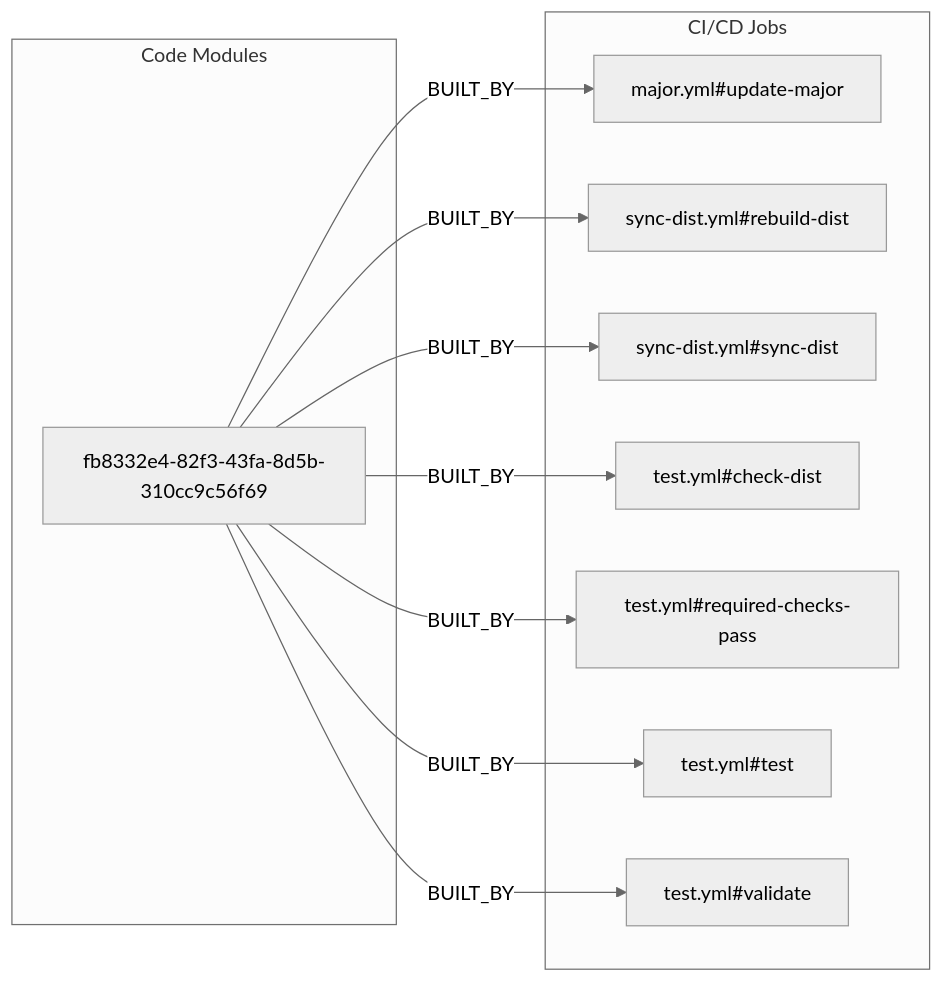
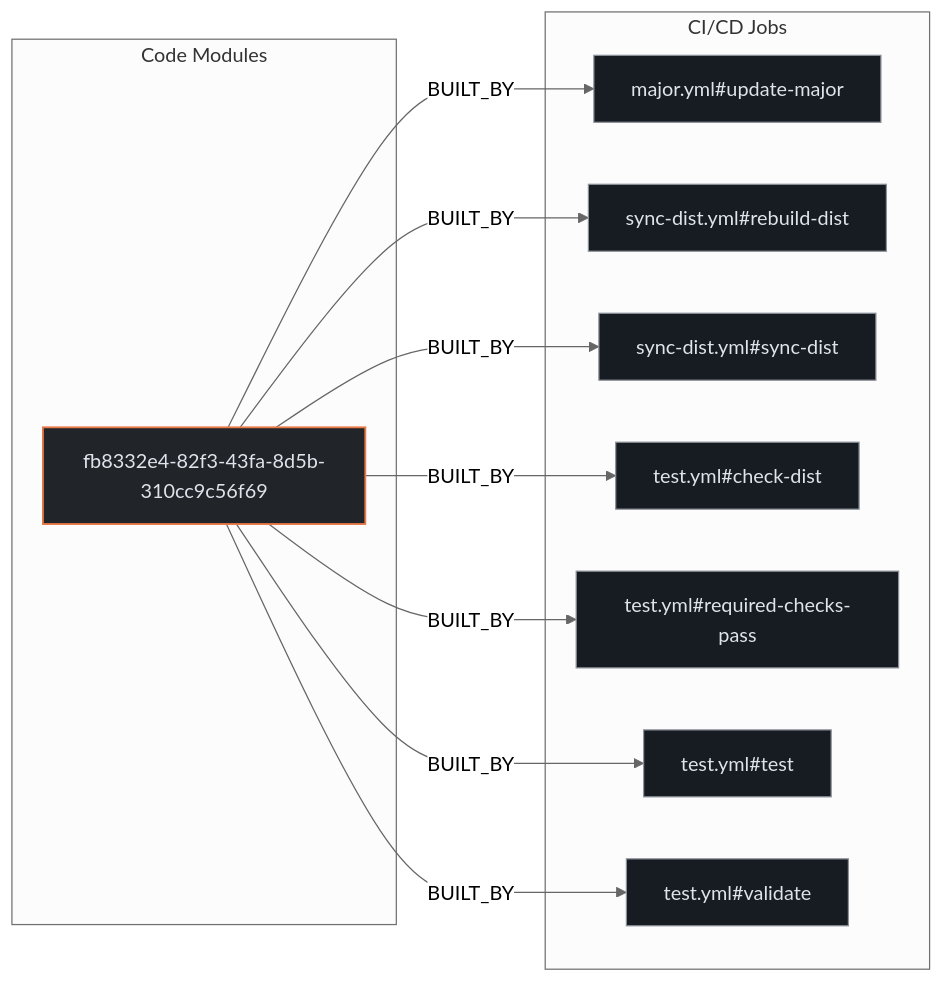
One commit to kumarshaz/atruss-code-atlas changed the second of 3 diagrams in exports/latest/reports/TryGhost-action-deploy-theme-report.md. Above: the diagram before and after it, drawn with Mermaid (neutral theme). The commit also changed other lines of this file and 331 other files, not shown here.

Commit message:
docs,ui,fix: update SDLC docs, reorder CI/CD DAG first, stylize Mermaid, and fix Arc42 pipeline topology

````diff
--- a/exports/latest/reports/TryGhost-action-deploy-theme-report.md
+++ b/exports/latest/reports/TryGhost-action-deploy-theme-report.md
@@ -90,22 +97,26 @@
 ```mermaid
 flowchart LR
+    classDef atlasCategory fill:#212428,stroke:#E87A48,stroke-width:1.5px,color:#dfe3eb
+    classDef atlasWorkflow fill:#1b2026,stroke:#a3c9ff,stroke-width:1.5px,color:#dfe3eb
+    classDef atlasJob fill:#171c22,stroke:#8d9199,stroke-width:1px,color:#dfe3eb
+    classDef atlasTarget fill:#005227,stroke:#8bd99b,stroke-width:1.5px,color:#a7f6b6
     subgraph code_modules["Code Modules"]
-        mod_fb8332e4_82f3_43fa_8d5b_310cc9c56f69["fb8332e4-82f3-43fa-8d5b-310cc9c56f69"]
+        mod_fb8332e4_82f3_43fa_8d5b_310cc9c56f69["fb8332e4-82f3-43fa-8d5b-310cc9c56f69"]:::atlasCategory
     end
     subgraph ci_jobs["CI/CD Jobs"]
-        job_major_yml_update_major["major.yml#update-major"]
-        job_sync_dist_yml_rebuild_dist["sync-dist.yml#rebuild-dist"]
-        job_sync_dist_yml_sync_dist["sync-dist.yml#sync-dist"]
-        job_test_yml_check_dist["test.yml#check-dist"]
-        job_test_yml_required_checks_pass["test.yml#required-checks-pass"]
-        job_test_yml_test["test.yml#test"]
-        job_test_yml_validate["test.yml#validate"]
+        job_major_yml_update_major["major.yml#update-major"]:::atlasJob
+        job_sync_dist_yml_rebuild_dist["sync-dist.yml#rebuild-dist"]:::atlasJob
+        job_sync_dist_yml_sync_dist["sync-dist.yml#sync-dist"]:::atlasJob
+        job_test_yml_check_dist["test.yml#check-dist"]:::atlasJob
+        job_test_yml_required_checks_pass["test.yml#required-checks-pass"]:::atlasJob
+        job_test_yml_test["test.yml#test"]:::atlasJob
+        job_test_yml_validate["test.yml#validate"]:::atlasJob
     end
     mod_fb8332e4_82f3_43fa_8d5b_310cc9c56f69 -->|BUILT_BY| job_major_yml_update_major
     mod_fb8332e4_82f3_43fa_8d5b_310cc9c56f69 -->|BUILT_BY| job_sync_dist_yml_rebuild_dist
     mod_fb8332e4_82f3_43fa_8d5b_310cc9c56f69 -->|BUILT_BY| job_sync_dist_yml_sync_dist
     mod_fb8332e4_82f3_43fa_8d5b_310cc9c56f69 -->|BUILT_BY| job_test_yml_check_dist
     mod_fb8332e4_82f3_43fa_8d5b_310cc9c56f69 -->|BUILT_BY| job_test_yml_required_checks_pass
     mod_fb8332e4_82f3_43fa_8d5b_310cc9c56f69 -->|BUILT_BY| job_test_yml_test
     mod_fb8332e4_82f3_43fa_8d5b_310cc9c56f69 -->|BUILT_BY| job_test_yml_validate
 ```
````
